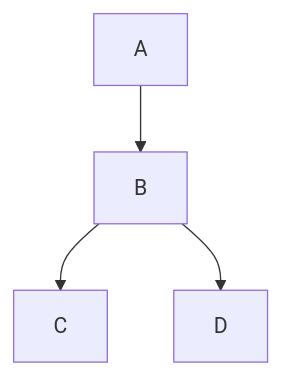
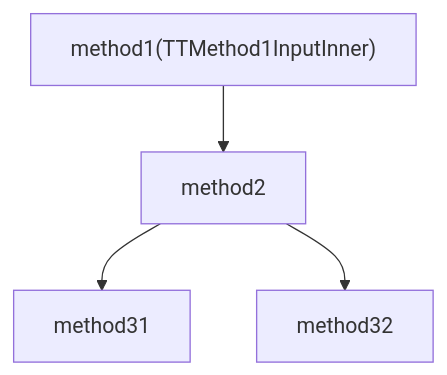
One commit to dominic-z/talk-is-cheap changed the first of 2 diagrams in project/free-flow/free-flow/测试案例.md. Above: the diagram before and after it, drawn with Mermaid. The commit also changed other lines of this file and 42 other files, not shown here.

````diff
--- a/project/free-flow/free-flow/测试案例.md
+++ b/project/free-flow/free-flow/测试案例.md
@@ -9,5 +14,7 @@
 ```mermaid
 flowchart TD 
-A --> B
-B --> C & D
+m1["method1(TTMethod1InputInner)"]
+m2["method2"]
+m1 --> m2
+m2 --> method31 & method32
 ```
````
